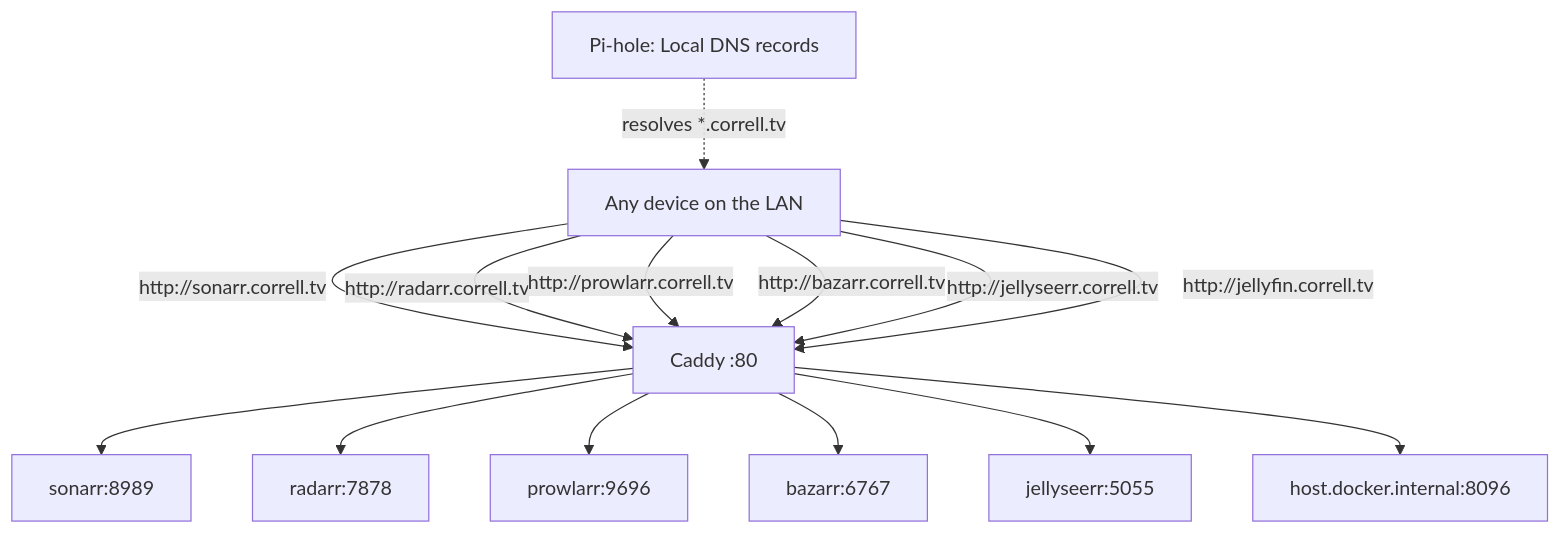
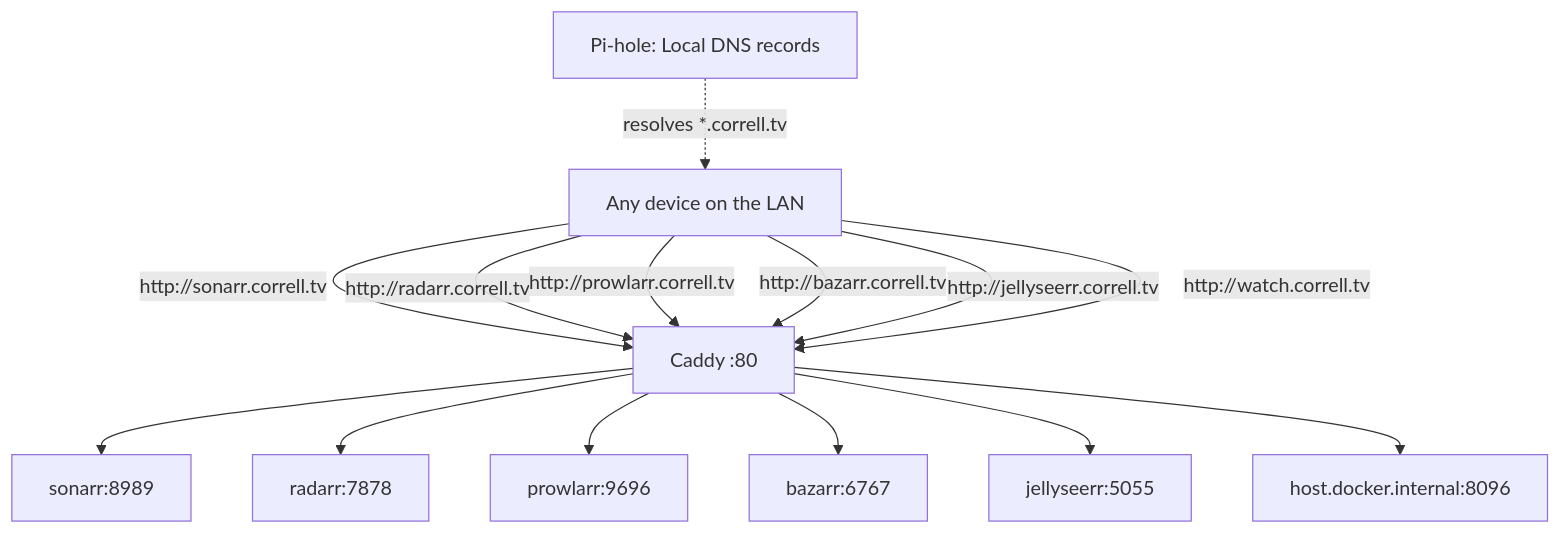
The fifth of 6 diagrams in ARCHITECTURE.md (daroco/arr-matey), drawn with Mermaid before and after one commit. The commit also changed 4 other files, not shown here.

````diff
--- a/ARCHITECTURE.md
+++ b/ARCHITECTURE.md
@@ -145,16 +145,16 @@
 ```mermaid
 flowchart TD
     PH["Pi-hole: Local DNS records"] -.->|"resolves *.correll.tv"| DEV["Any device on the LAN"]
     DEV -->|http://sonarr.correll.tv| CD["Caddy :80"]
     DEV -->|http://radarr.correll.tv| CD
     DEV -->|http://prowlarr.correll.tv| CD
     DEV -->|http://bazarr.correll.tv| CD
     DEV -->|http://jellyseerr.correll.tv| CD
-    DEV -->|http://jellyfin.correll.tv| CD
+    DEV -->|http://watch.correll.tv| CD
     CD --> SO2["sonarr:8989"]
     CD --> RA2["radarr:7878"]
     CD --> PR2["prowlarr:9696"]
     CD --> BZ2["bazarr:6767"]
     CD --> JS2["jellyseerr:5055"]
     CD --> JF2["host.docker.internal:8096"]
 ```
````
